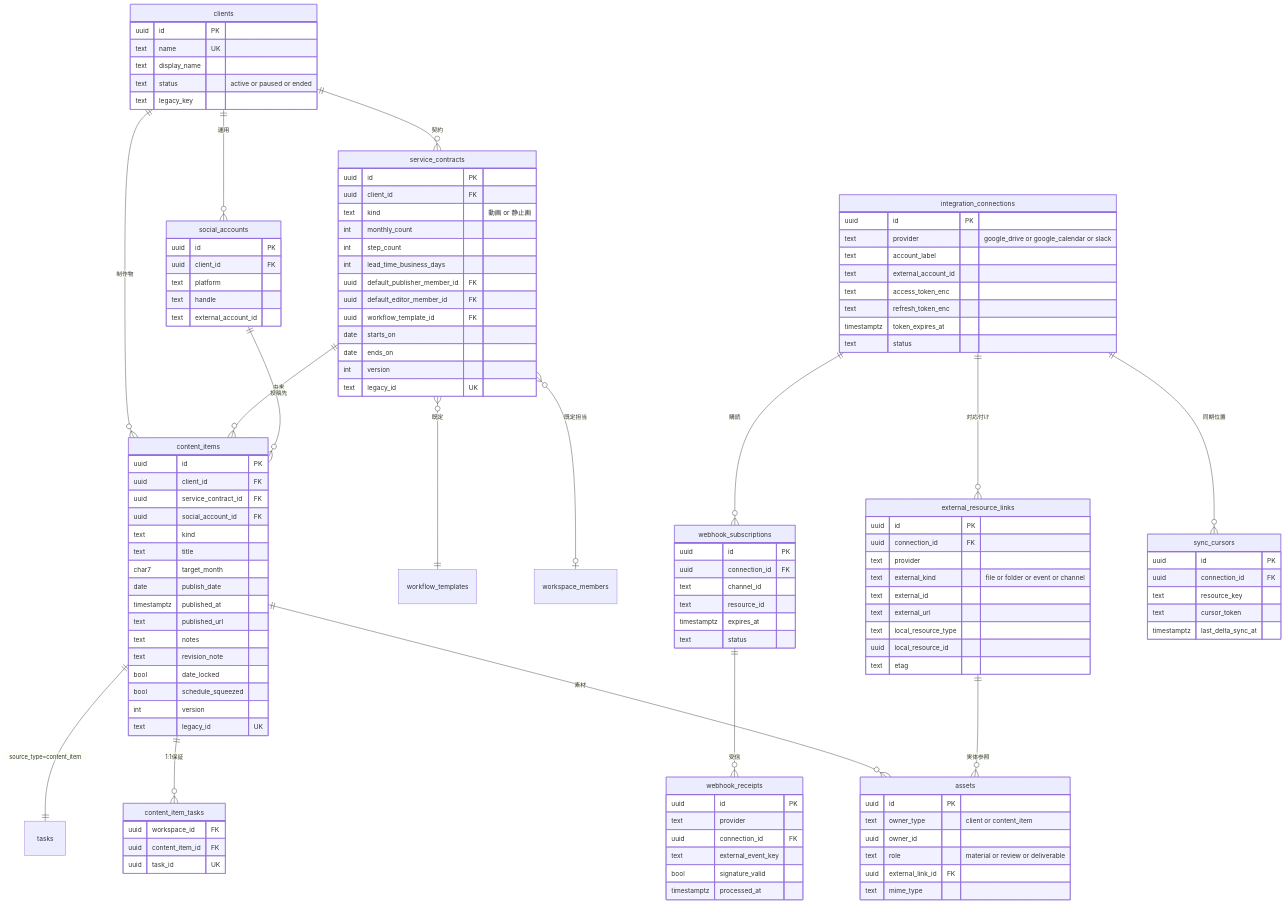
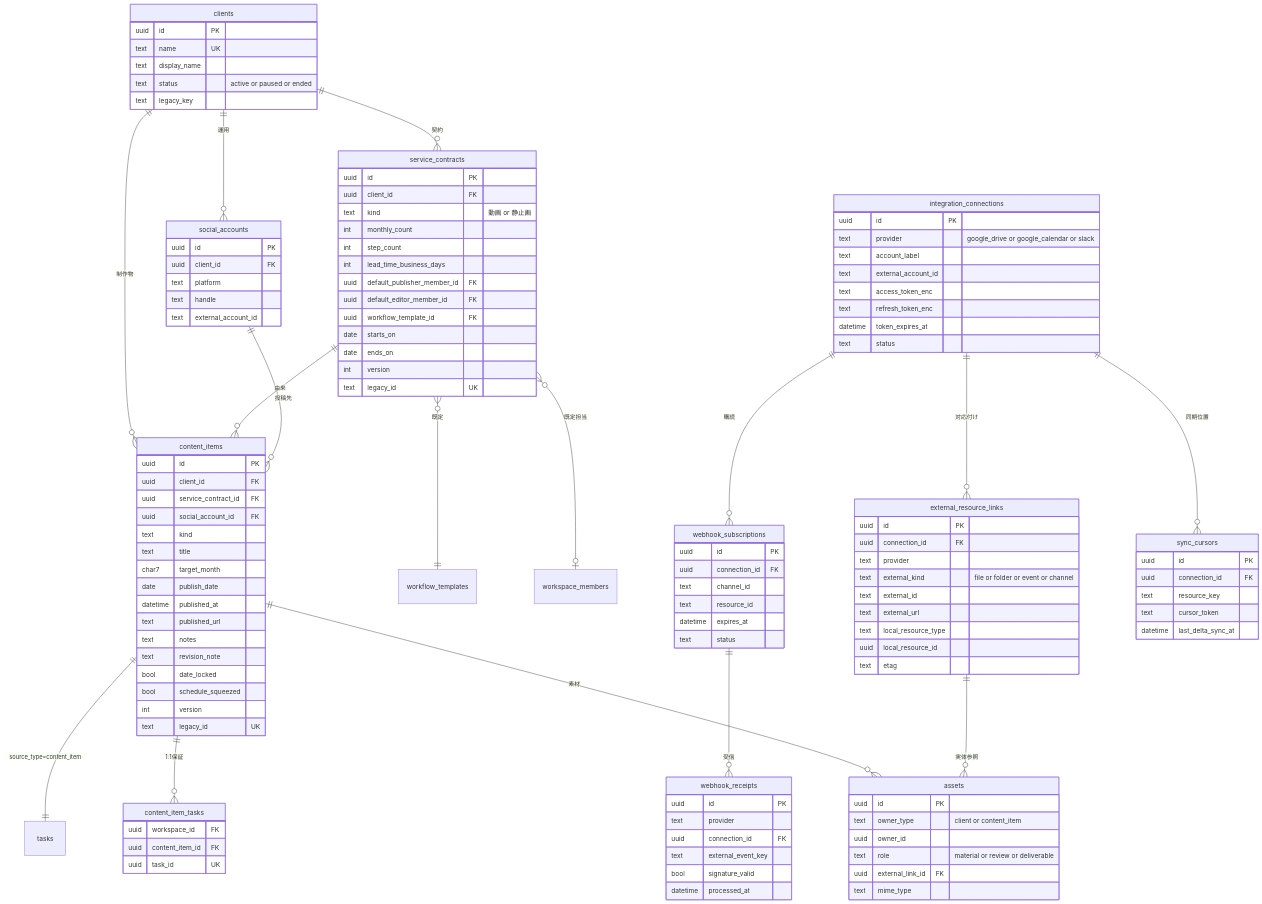
One commit to Natsumi-ML/video-works-dashboard changed the third of 3 diagrams in SOCIAL_BASE_SYSTEM_DESIGN.md. Above: the diagram before and after it, drawn with Mermaid. The commit also changed other lines of this file, not shown here.

````diff
--- a/SOCIAL_BASE_SYSTEM_DESIGN.md
+++ b/SOCIAL_BASE_SYSTEM_DESIGN.md
@@ -1051,7 +1163,7 @@
         text title
         char7 target_month
         date publish_date
-        timestamptz published_at
+        datetime published_at
         text published_url
         text notes
         text revision_note
@@ -1080,7 +1192,7 @@
         text external_account_id
         text access_token_enc
         text refresh_token_enc
-        timestamptz token_expires_at
+        datetime token_expires_at
         text status
     }
     external_resource_links {
@@ -1099,7 +1211,7 @@
         uuid connection_id FK
         text channel_id
         text resource_id
-        timestamptz expires_at
+        datetime expires_at
         text status
     }
     webhook_receipts {
@@ -1108,13 +1220,13 @@
         uuid connection_id FK
         text external_event_key
         bool signature_valid
-        timestamptz processed_at
+        datetime processed_at
     }
     sync_cursors {
         uuid id PK
         uuid connection_id FK
         text resource_key
         text cursor_token
-        timestamptz last_delta_sync_at
+        datetime last_delta_sync_at
     }
 ```
````
